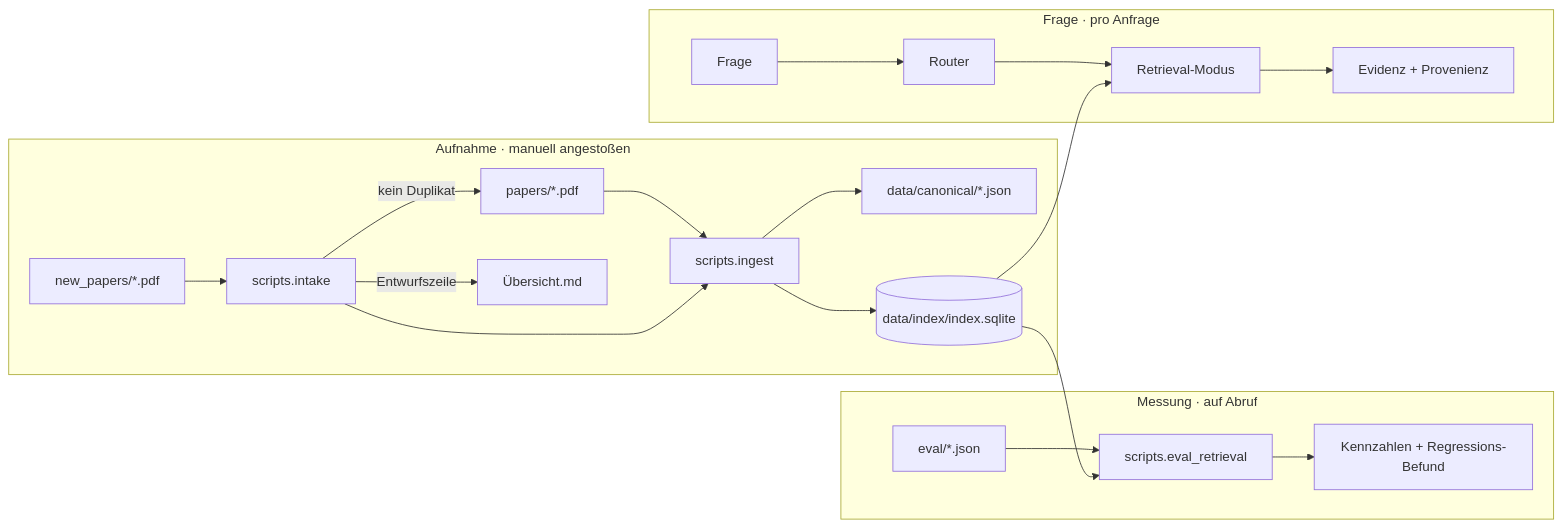
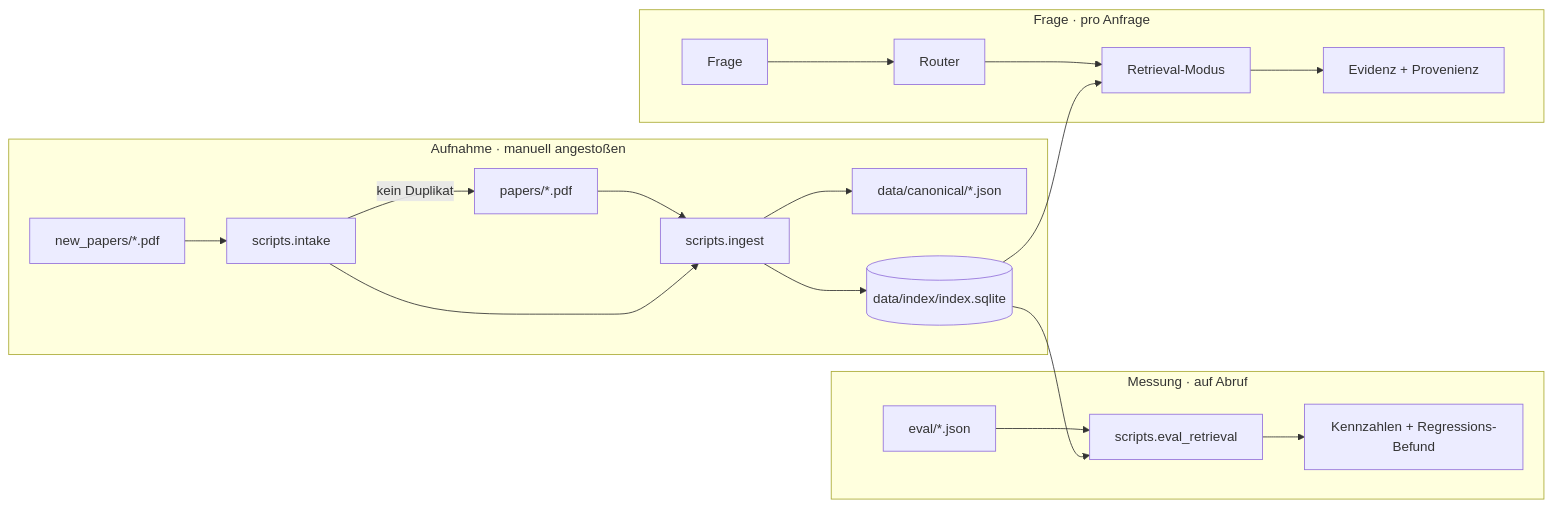
Before and after one commit to MomoEngineer/research-graphrag: the first of 16 diagrams in docs/funktionsweise.md, drawn with Mermaid. The commit also changed other lines of this file and 47 other files, not shown here.

````diff
--- a/docs/funktionsweise.md
+++ b/docs/funktionsweise.md
@@ -24,23 +24,22 @@
 ```mermaid
 flowchart LR
     subgraph K1["Aufnahme · manuell angestoßen"]
         NP["new_papers/*.pdf"] --> INT["scripts.intake"]
         INT -->|"kein Duplikat"| P["papers/*.pdf"]
-        INT -->|"Entwurfszeile"| UEB["Übersicht.md"]
         P --> ING["scripts.ingest"]
         INT --> ING
         ING --> CAN["data/canonical/*.json"]
         ING --> IDX[("data/index/index.sqlite")]
     end
     subgraph K2["Frage · pro Anfrage"]
         Q["Frage"] --> R["Router"]
         R --> M["Retrieval-Modus"]
         M --> EV["Evidenz + Provenienz"]
     end
     subgraph K3["Messung · auf Abruf"]
         G["eval/*.json"] --> EVAL["scripts.eval_retrieval"]
         EVAL --> REP["Kennzahlen + Regressions-Befund"]
     end
     IDX --> M
     IDX --> EVAL
 ```
````
